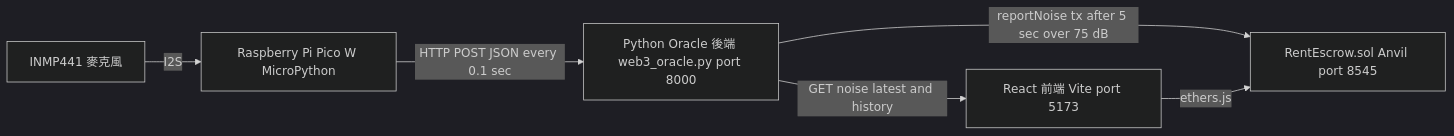
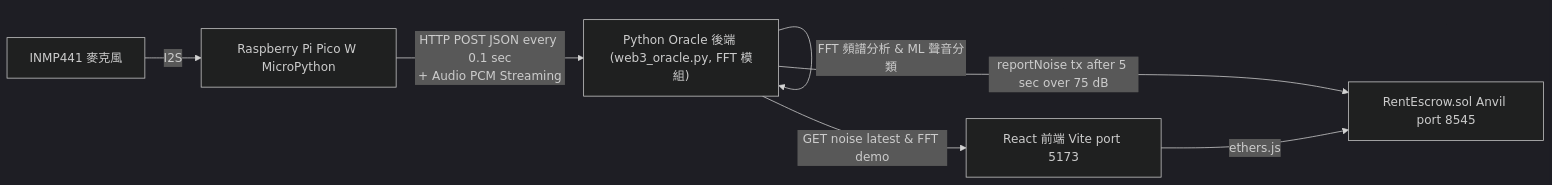
One commit to reacher-dev/blockchainProject changed the diagram in README.md. Above: the diagram before and after it, drawn with Mermaid (dark theme). The commit also changed other lines of this file, not shown here.

Commit message:
Update root README with FFT and ML audio features

````diff
--- a/README.md
+++ b/README.md
@@ -17,14 +18,15 @@
 ```mermaid
 flowchart LR
     Mic["INMP441 麥克風"]
     Pico["Raspberry Pi Pico W MicroPython"]
-    Oracle["Python Oracle 後端 web3_oracle.py port 8000"]
+    Oracle["Python Oracle 後端 (web3_oracle.py, FFT 模組)"]
     Contract["RentEscrow.sol Anvil port 8545"]
     Frontend["React 前端 Vite port 5173"]
 
     Mic -->|I2S| Pico
-    Pico -->|"HTTP POST JSON every 0.1 sec"| Oracle
-    Oracle -->|"GET noise latest and history"| Frontend
+    Pico -->|"HTTP POST JSON every 0.1 sec\n+ Audio PCM Streaming"| Oracle
+    Oracle -->|"FFT 頻譜分析 & ML 聲音分類"| Oracle
+    Oracle -->|"GET noise latest & FFT demo"| Frontend
     Oracle -->|"reportNoise tx after 5 sec over 75 dB"| Contract
     Frontend -->|ethers.js| Contract
 ```
````
